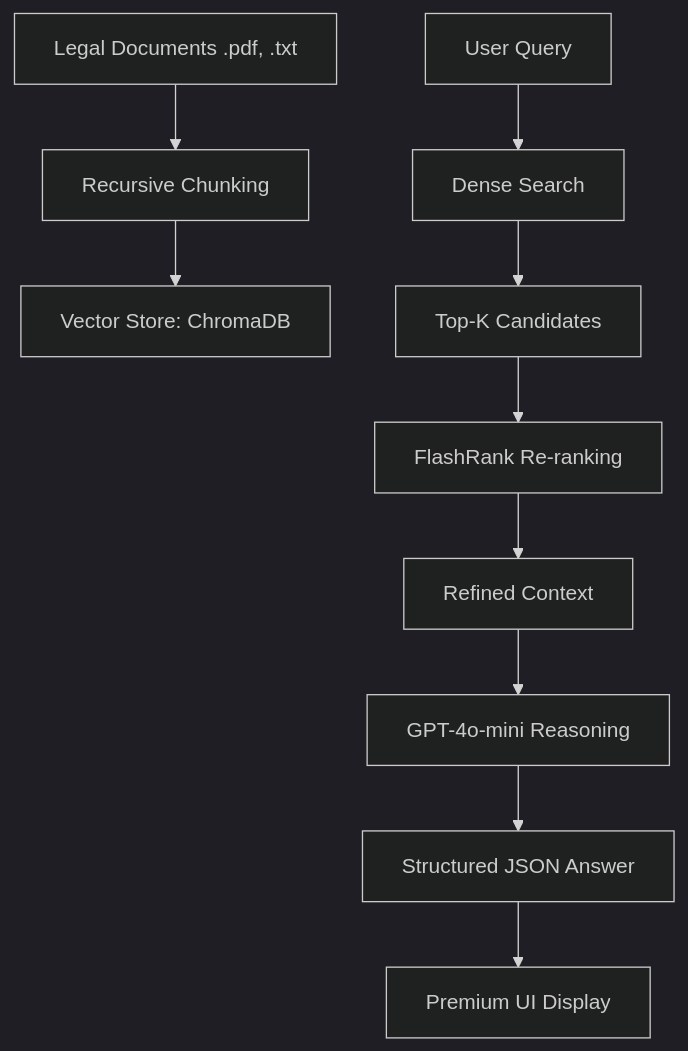
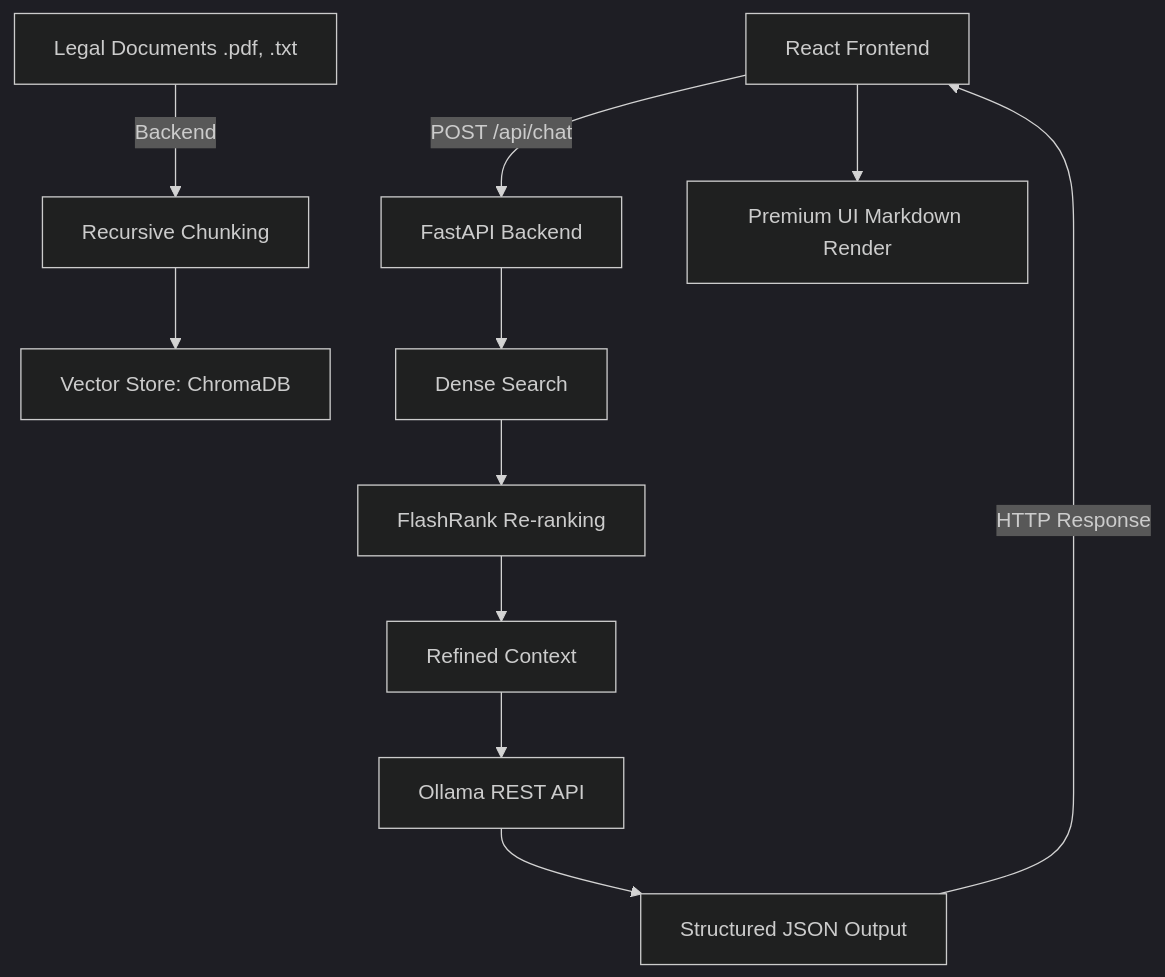
Before and after one commit to CASPER0022/Legal-RAG-Assistant: the diagram in README.md, drawn with Mermaid (dark theme). The commit also changed other lines of this file and 3 other files, not shown here.

Commit message:
docs: Update README for full-stack architecture and remove legacy scripts

````diff
--- a/README.md
+++ b/README.md
@@ -28,12 +30,13 @@
 ```mermaid
 graph TD
-    A[Legal Documents .pdf, .txt] --> B[Recursive Chunking]
+    A[Legal Documents .pdf, .txt] -->|Backend| B[Recursive Chunking]
     B --> C[Vector Store: ChromaDB]
-    D[User Query] --> E[Dense Search]
-    E --> F[Top-K Candidates]
+    D[React Frontend] -->|POST /api/chat| E[FastAPI Backend]
+    E --> F[Dense Search]
     F --> G[FlashRank Re-ranking]
     G --> H[Refined Context]
-    H --> I[GPT-4o-mini Reasoning]
-    I --> J[Structured JSON Answer]
-    J --> K[Premium UI Display]
+    H --> I[Ollama REST API]
+    I --> J[Structured JSON Output]
+    J -->|HTTP Response| D
+    D --> K[Premium UI Markdown Render]
 ```
````
